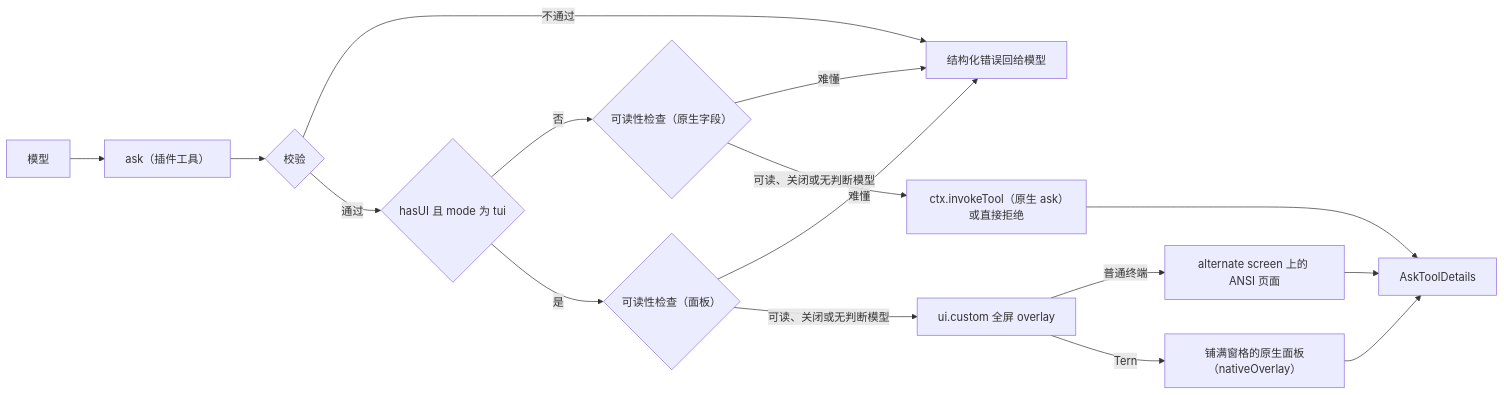
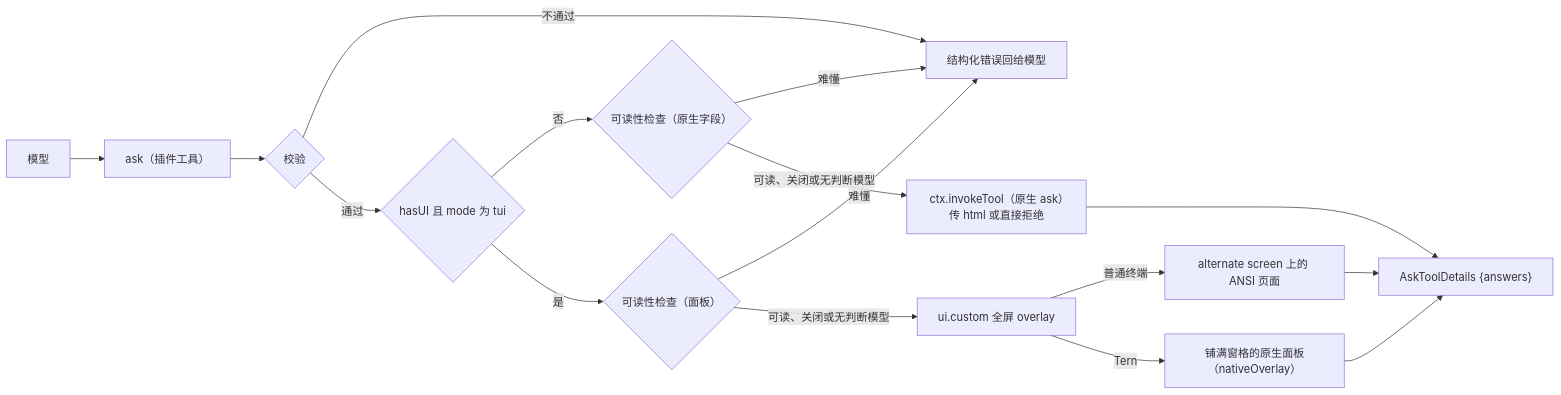
The first of 2 diagrams in docs/design.zh-CN.md (oh-my-omp/omp-ask-more), drawn with Mermaid before and after one commit. The commit also changed other lines of this file and 13 other files, not shown here.

First line of the commit message:
feat: delegated ask to the native HTML form and reshaped params and results

````diff
--- a/docs/design.zh-CN.md
+++ b/docs/design.zh-CN.md
@@ -16,18 +16,18 @@
 ```mermaid
 flowchart LR
   m[模型] --> t["ask（插件工具）"]
   t --> v{校验}
   v -- 不通过 --> e[结构化错误回给模型]
   v -- 通过 --> u{"hasUI 且 mode 为 tui"}
   u -- 否 --> rn{"可读性检查（原生字段）"}
   u -- 是 --> rs{"可读性检查（面板）"}
   rn -- 难懂 --> e
   rs -- 难懂 --> e
-  rn -- "可读、关闭或无判断模型" --> n["ctx.invokeTool（原生 ask）或直接拒绝"]
+  rn -- "可读、关闭或无判断模型" --> n["ctx.invokeTool（原生 ask）传 html 或直接拒绝"]
   rs -- "可读、关闭或无判断模型" --> o["ui.custom 全屏 overlay"]
   o -- "普通终端" --> c["alternate screen 上的 ANSI 页面"]
   o -- "Tern" --> p["铺满窗格的原生面板（nativeOverlay）"]
-  p --> a[AskToolDetails]
+  p --> a["AskToolDetails {answers}"]
   c --> a
   n --> a
 ```
````
